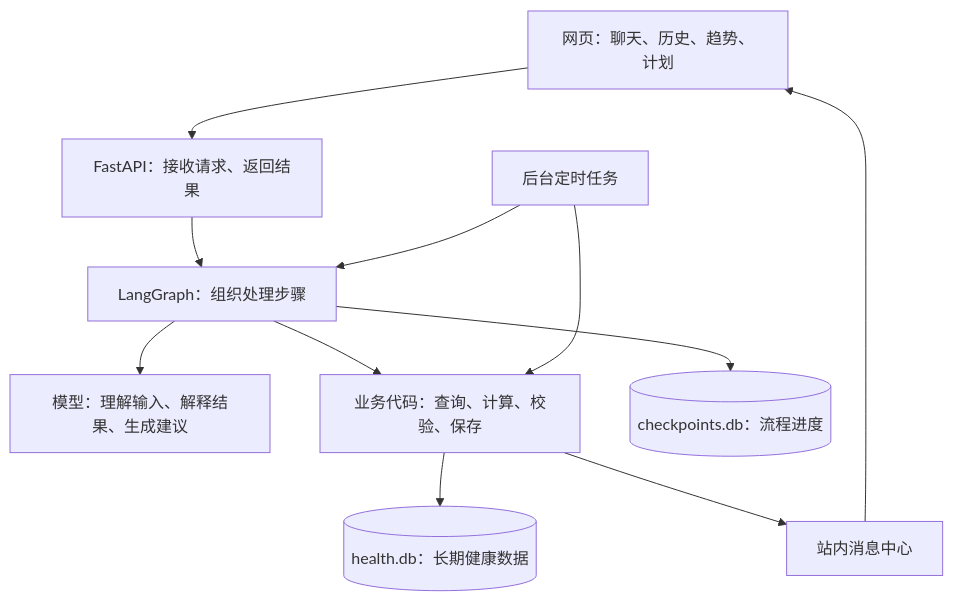
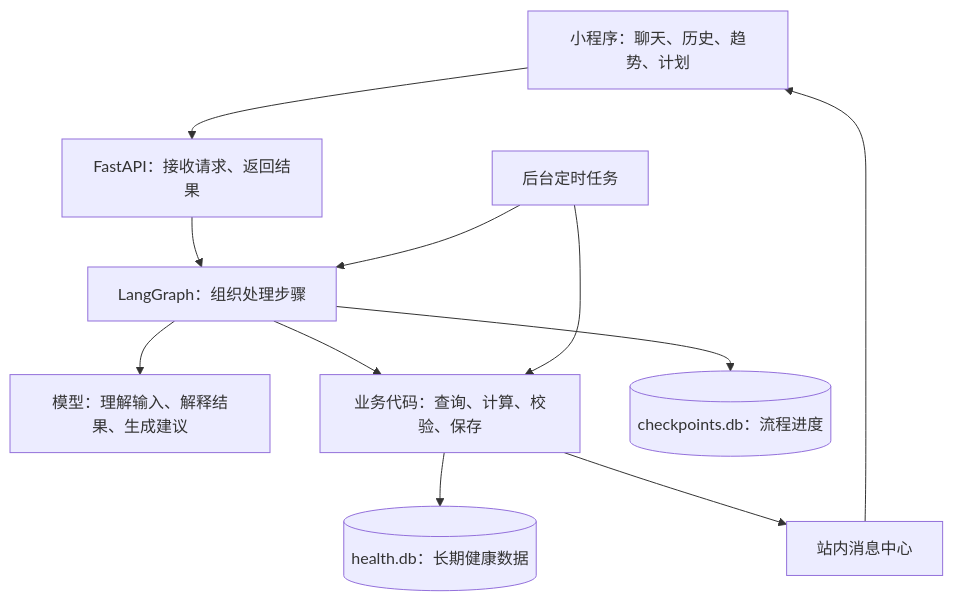
Before and after one commit to wxjgit/health-management: the first of 4 diagrams in docs/开发文档.md, drawn with Mermaid. The commit also changed other lines of this file and 64 other files, not shown here.

````diff
--- a/docs/开发文档.md
+++ b/docs/开发文档.md
@@ -55,13 +57,13 @@
 ```mermaid
 flowchart TD
-    UI[网页：聊天、历史、趋势、计划] --> API[FastAPI：接收请求、返回结果]
+    UI[小程序：聊天、历史、趋势、计划] --> API[FastAPI：接收请求、返回结果]
     API --> GRAPH[LangGraph：组织处理步骤]
     GRAPH --> LLM[模型：理解输入、解释结果、生成建议]
     GRAPH --> SERVICE[业务代码：查询、计算、校验、保存]
     SERVICE --> DB[(health.db：长期健康数据)]
     GRAPH --> CP[(checkpoints.db：流程进度)]
     JOB[后台定时任务] --> GRAPH
     JOB --> SERVICE
     SERVICE --> NOTICE[站内消息中心]
     NOTICE --> UI
 ```
````
